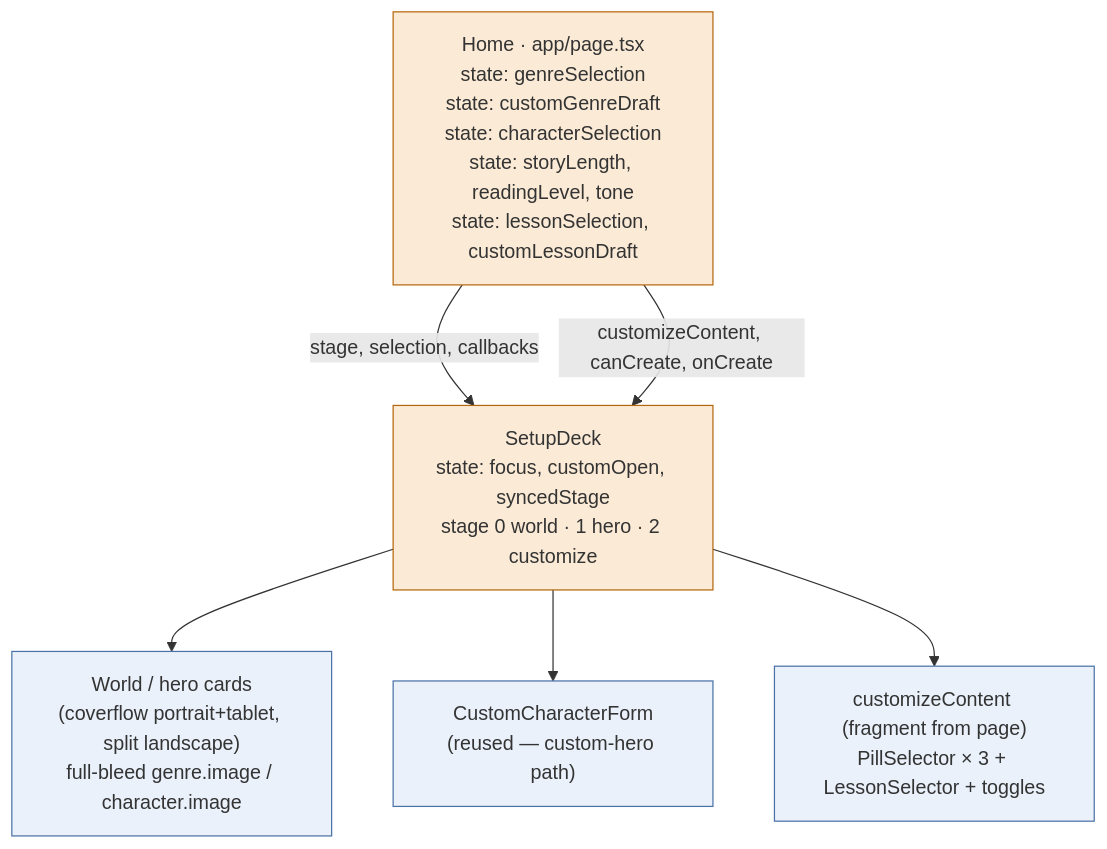
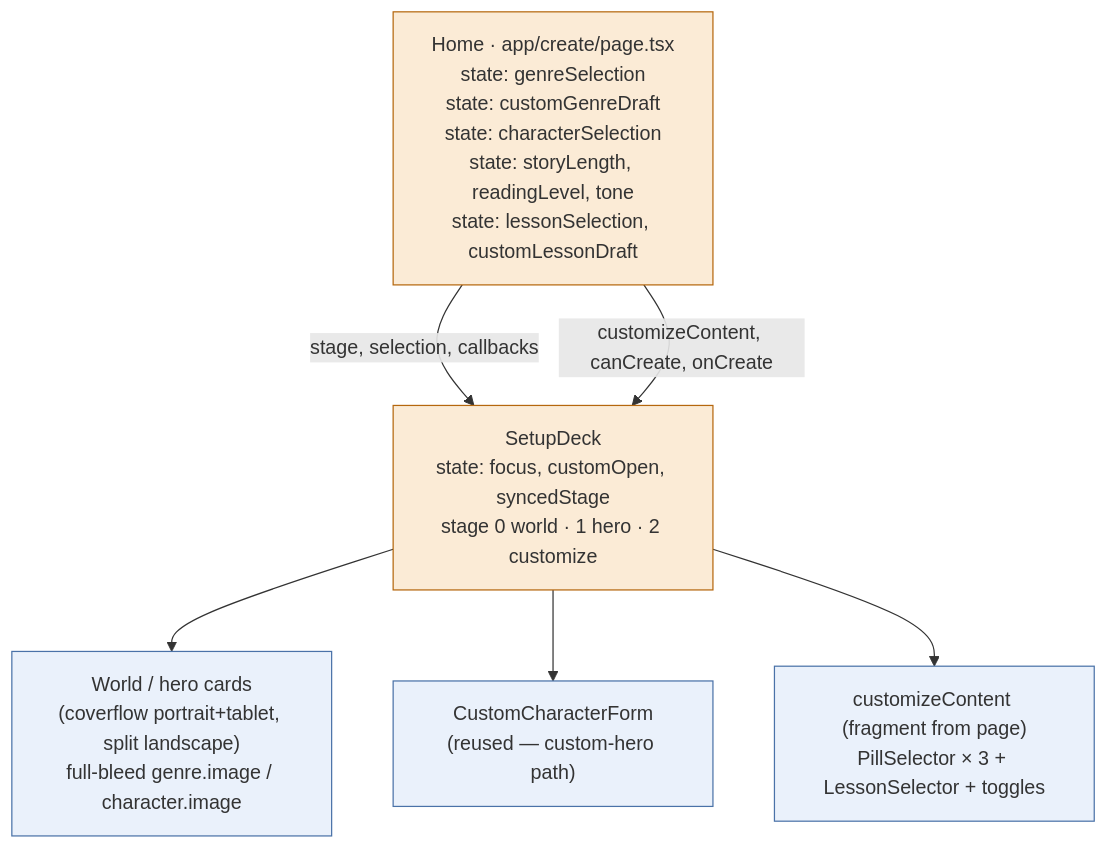
One commit to aio-studios/children-story-app changed the second of 8 diagrams in docs/architecture.md. Above: the diagram before and after it, drawn with Mermaid. The commit also changed other lines of this file and 48 other files, not shown here.

First line of the commit message:
feat: landing page at /, app moves to /create (#97) (#100)

````diff
--- a/docs/architecture.md
+++ b/docs/architecture.md
@@ -89,19 +114,19 @@
 ```mermaid
 graph TD
-  Page["Home · app/page.tsx<br/>state: genreSelection<br/>state: customGenreDraft<br/>state: characterSelection<br/>state: storyLength, readingLevel, tone<br/>state: lessonSelection, customLessonDraft"]
+  Page["Home · app/create/page.tsx<br/>state: genreSelection<br/>state: customGenreDraft<br/>state: characterSelection<br/>state: storyLength, readingLevel, tone<br/>state: lessonSelection, customLessonDraft"]
   Deck["SetupDeck<br/>state: focus, customOpen, syncedStage<br/>stage 0 world · 1 hero · 2 customize"]
   Cards["World / hero cards<br/>(coverflow portrait+tablet, split landscape)<br/>full-bleed genre.image / character.image"]
   CCF["CustomCharacterForm<br/>(reused — custom-hero path)"]
   Cust["customizeContent (fragment from page)<br/>PillSelector × 3 + LessonSelector + toggles"]
 
   Page -->|stage, selection, callbacks| Deck
   Page -->|customizeContent, canCreate, onCreate| Deck
   Deck --> Cards
   Deck --> CCF
   Deck --> Cust
 
   classDef stateful fill:#FBEBD6,stroke:#B5670E;
   classDef plain fill:#EAF1FB,stroke:#4A72A8;
   class Page,Deck stateful;
   class Cards,CCF,Cust plain;
 ```
````
